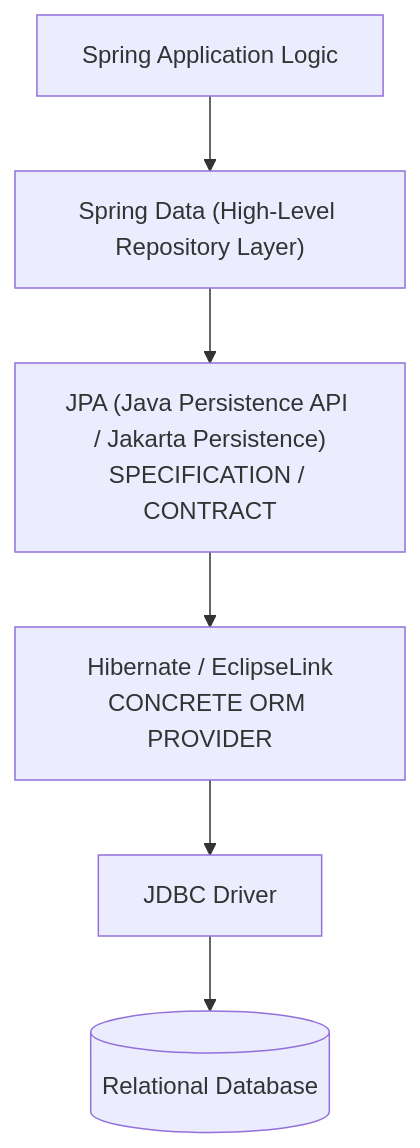
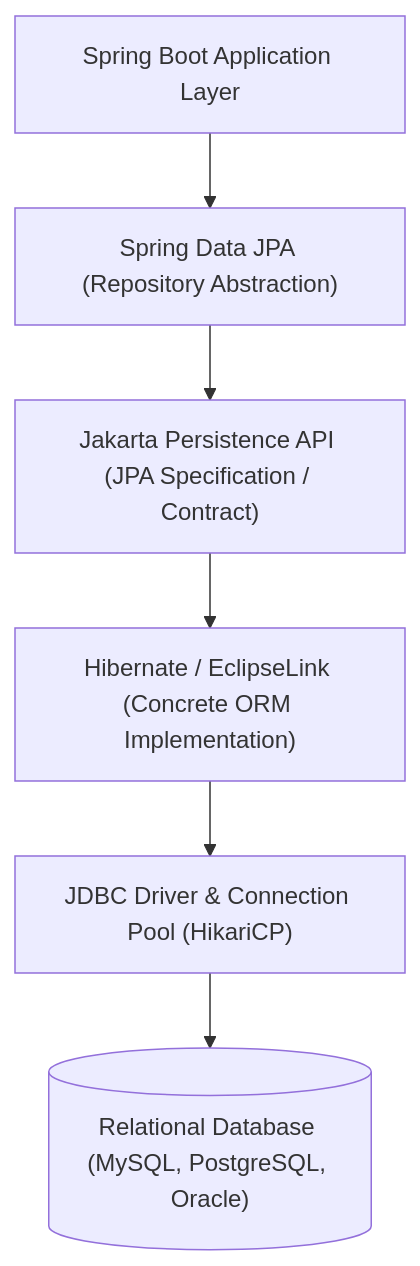
Before and after one commit to rohithgowda18/Notes: the third of 13 diagrams in 06-Java-and-Spring-Boot/03-Data-Persistence-Spring-Data-JPA.md, drawn with Mermaid. The commit also changed other lines of this file and 13 other files, not shown here.

Commit message:
docs: upgrade Spring Boot study guides to Spring Boot 3+, Spring 6, Security 6, Jakarta, and add architecture diagrams

````diff
--- a/06-Java-and-Spring-Boot/03-Data-Persistence-Spring-Data-JPA.md
+++ b/06-Java-and-Spring-Boot/03-Data-Persistence-Spring-Data-JPA.md
@@ -211,8 +159,8 @@
 ```mermaid
 flowchart TD
-    App["Spring Application Logic"] --> SpringData["Spring Data (High-Level Repository Layer)"]
-    SpringData --> JPA["JPA (Java Persistence API / Jakarta Persistence)<br>SPECIFICATION / CONTRACT"]
-    JPA --> Provider["Hibernate / EclipseLink<br>CONCRETE ORM PROVIDER"]
-    Provider --> JDBC["JDBC Driver"]
-    JDBC --> DB[("Relational Database")]
+    App["Spring Boot Application Layer"] --> SpringData["Spring Data JPA (Repository Abstraction)"]
+    SpringData --> JPA["Jakarta Persistence API (JPA Specification / Contract)"]
+    JPA --> Provider["Hibernate / EclipseLink (Concrete ORM Implementation)"]
+    Provider --> JDBC["JDBC Driver & Connection Pool (HikariCP)"]
+    JDBC --> DB[("Relational Database (MySQL, PostgreSQL, Oracle)")]
 ```
````
